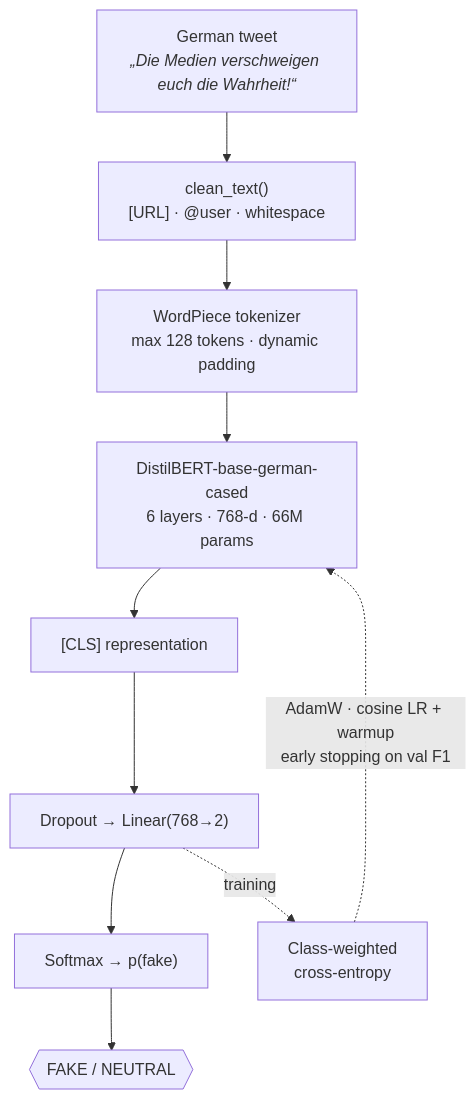
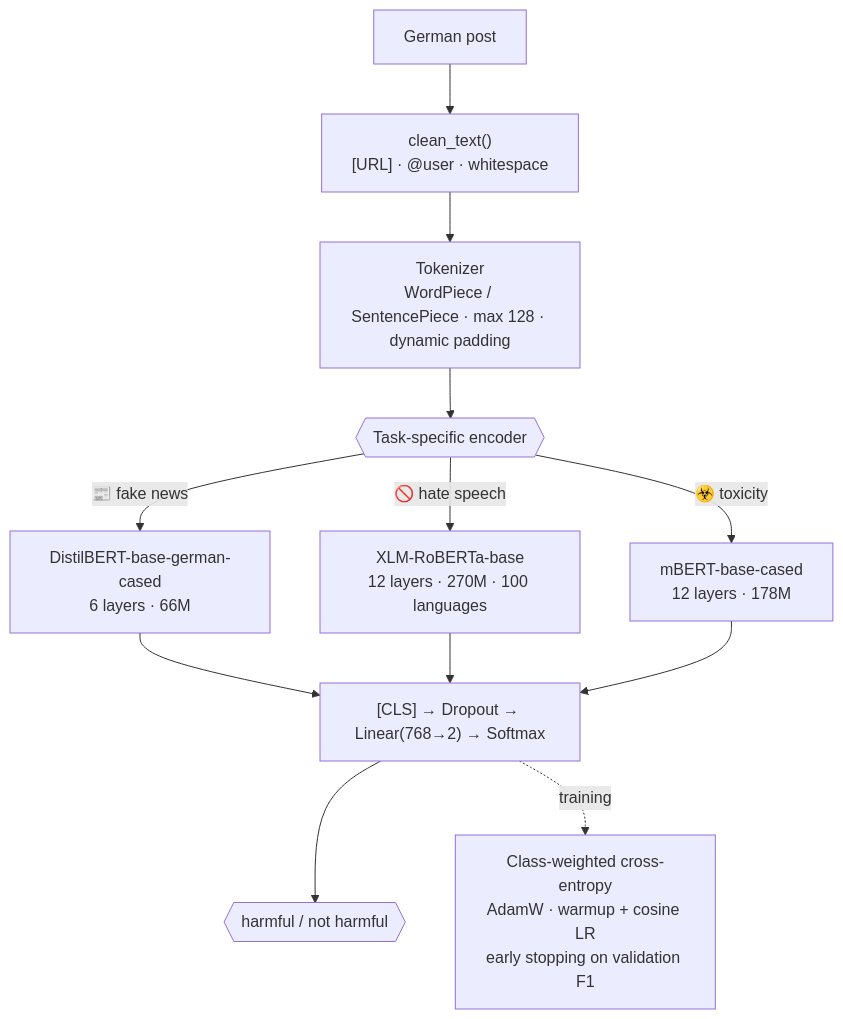
Before and after one commit to farhanaliarshad1/german-harmful-content-detection.: the second of 4 diagrams in README.md, drawn with Mermaid. The commit also changed other lines of this file and 33 other files, not shown here.

First line of the commit message:
Turn into a three-task showcase: fake news, hate speech, toxicity

````diff
--- a/README.md
+++ b/README.md
@@ -87,12 +118,12 @@
 ```mermaid
 flowchart TB
-    T["German tweet<br/><i>„Die Medien verschweigen euch die Wahrheit!“</i>"] --> C["clean_text()<br/>[URL] · @user · whitespace"]
-    C --> TK["WordPiece tokenizer<br/>max 128 tokens · dynamic padding"]
-    TK --> ENC["DistilBERT-base-german-cased<br/>6 layers · 768-d · 66M params"]
-    ENC --> CLS["[CLS] representation"]
-    CLS --> HEAD["Dropout → Linear(768→2)"]
-    HEAD --> SM["Softmax → p(fake)"]
-    SM --> OUT{{"FAKE / NEUTRAL"}}
-    HEAD -. training .-> LOSS["Class-weighted<br/>cross-entropy"]
-    LOSS -. "AdamW · cosine LR + warmup<br/>early stopping on val F1" .-> ENC
+    T["German post"] --> C["clean_text()<br/>[URL] · @user · whitespace"]
+    C --> TK["Tokenizer<br/>WordPiece / SentencePiece · max 128 · dynamic padding"]
+    TK --> ENC{{"Task-specific encoder"}}
+    ENC -->|"📰 fake news"| E1["DistilBERT-base-german-cased<br/>6 layers · 66M"]
+    ENC -->|"🚫 hate speech"| E2["XLM-RoBERTa-base<br/>12 layers · 270M · 100 languages"]
+    ENC -->|"☣️ toxicity"| E3["mBERT-base-cased<br/>12 layers · 178M"]
+    E1 & E2 & E3 --> HEAD["[CLS] → Dropout → Linear(768→2) → Softmax"]
+    HEAD --> OUT{{"harmful / not harmful"}}
+    HEAD -. training .-> LOSS["Class-weighted cross-entropy<br/>AdamW · warmup + cosine LR<br/>early stopping on validation F1"]
 ```
````
